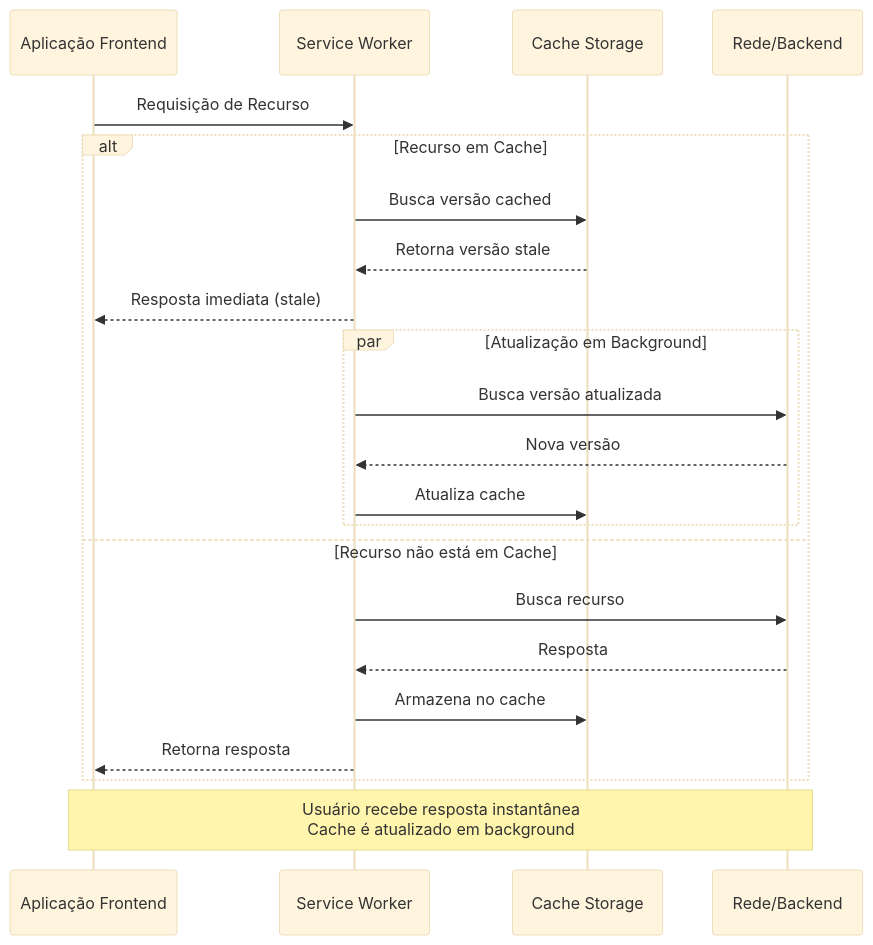
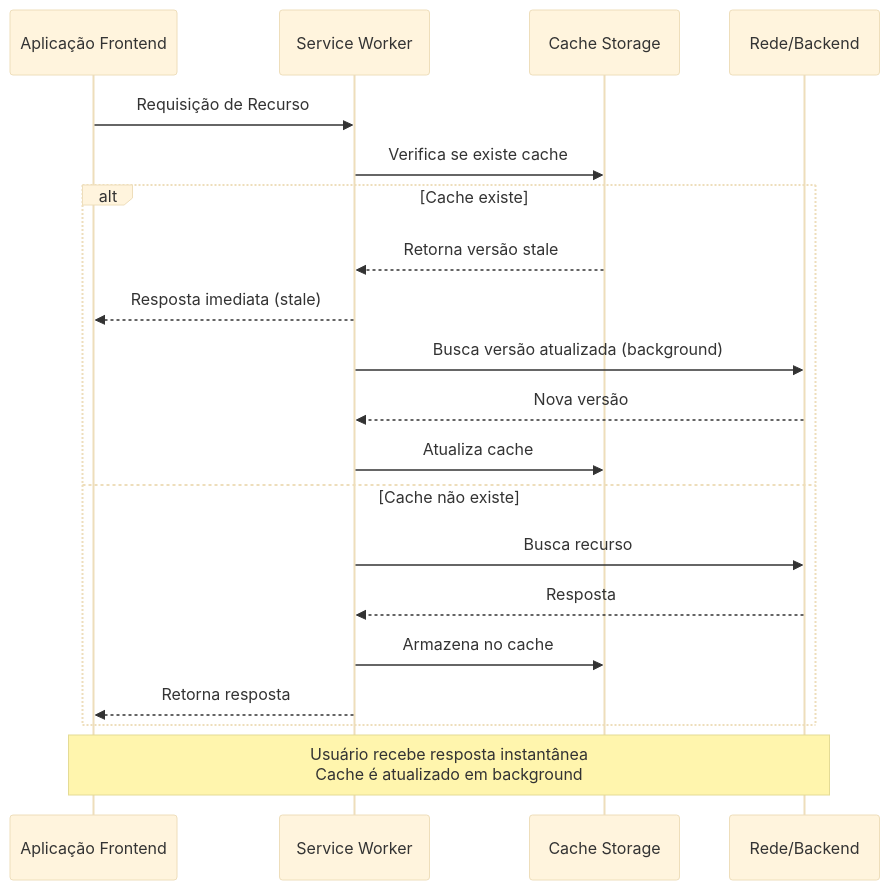
One commit to jgamaraalv/movies changed the second of 3 diagrams in docs/PROJECT_ARCHITECTURE.MD. Above: the diagram before and after it, drawn with Mermaid (base theme). The commit also changed other lines of this file, not shown here.

Commit message:
fixes project artchitecture md file

````diff
--- a/docs/PROJECT_ARCHITECTURE.MD
+++ b/docs/PROJECT_ARCHITECTURE.MD
@@ -339,28 +339,25 @@
 ```mermaid
 sequenceDiagram
     participant App as Aplicação Frontend
     participant SW as Service Worker
     participant Cache as Cache Storage
     participant Network as Rede/Backend
 
     App->>SW: Requisição de Recurso
+    SW->>Cache: Verifica se existe cache
 
-    alt Recurso em Cache
-        SW->>Cache: Busca versão cached
+    alt Cache existe
         Cache-->>SW: Retorna versão stale
         SW-->>App: Resposta imediata (stale)
-
-        par Atualização em Background
-            SW->>Network: Busca versão atualizada
-            Network-->>SW: Nova versão
-            SW->>Cache: Atualiza cache
-        end
-    else Recurso não está em Cache
+        SW->>Network: Busca versão atualizada (background)
+        Network-->>SW: Nova versão
+        SW->>Cache: Atualiza cache
+    else Cache não existe
         SW->>Network: Busca recurso
         Network-->>SW: Resposta
         SW->>Cache: Armazena no cache
         SW-->>App: Retorna resposta
     end
 
     Note over App,Network: Usuário recebe resposta instantânea<br/>Cache é atualizado em background
 ```
````
